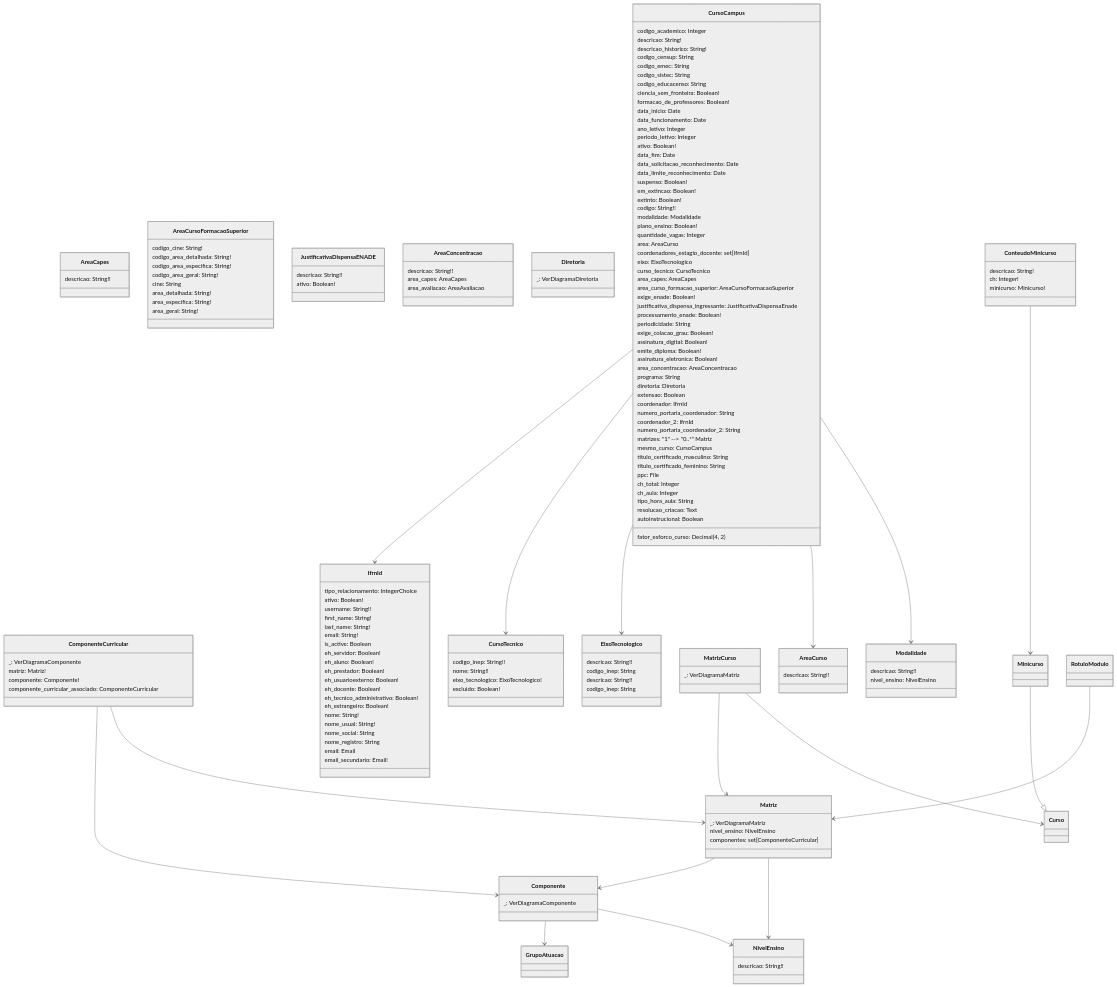
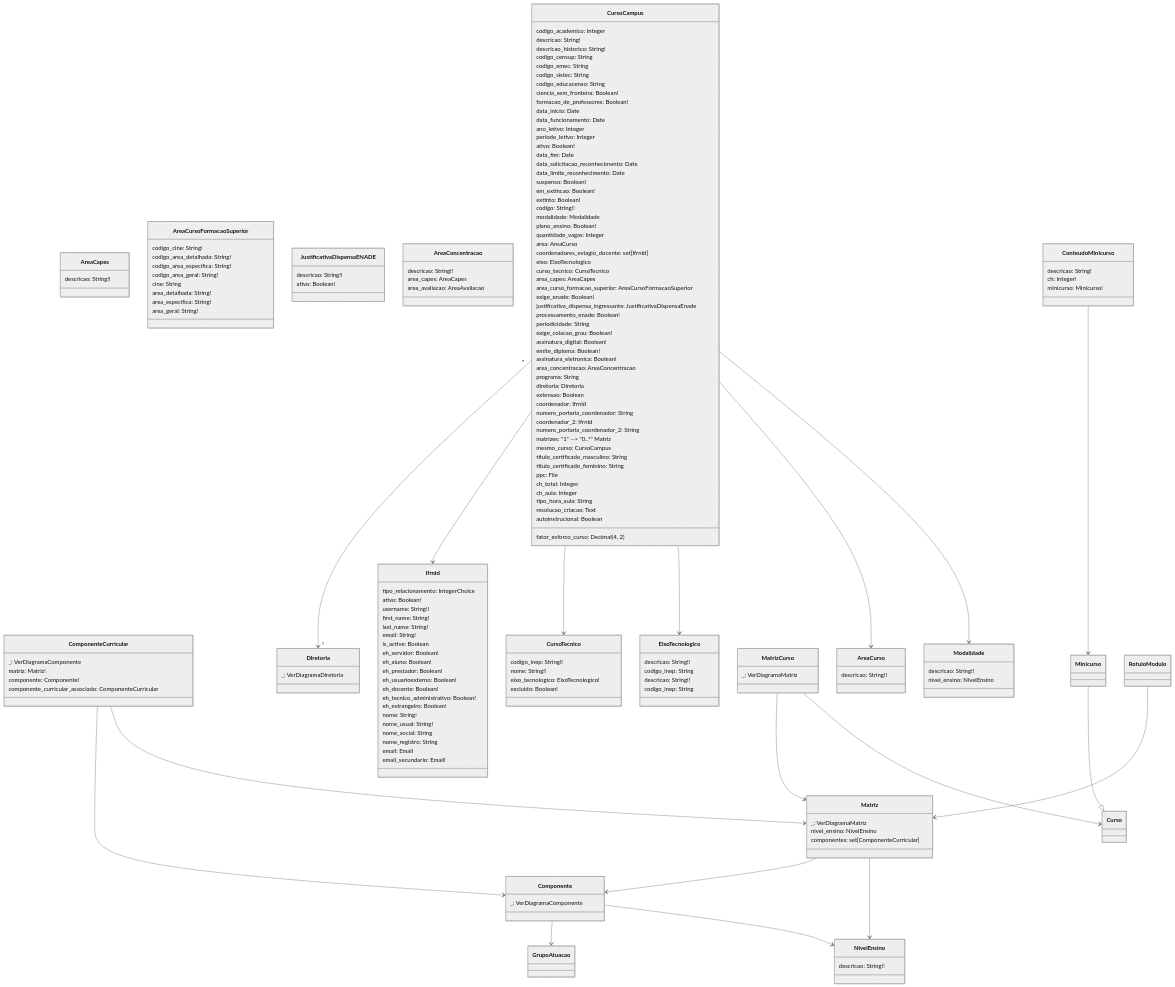
One commit to cte-zl-ifrn/cte-zl-ifrn.github.io changed the diagram in suap/modelo_edu_curso.md. Above: the diagram before and after it, drawn with Mermaid (neutral theme).

Commit message:
separada diagrama de curso

```diff
--- a/suap/modelo_edu_curso.md
+++ b/suap/modelo_edu_curso.md
@@ -198,6 +198,8 @@
     CursoCampus --> CursoTecnico
     CursoCampus --> IfrnId
 
+    CursoCampus "n" --> "1" Diretoria
+
     Matriz --> NivelEnsino
     Matriz --> Componente
     
```
